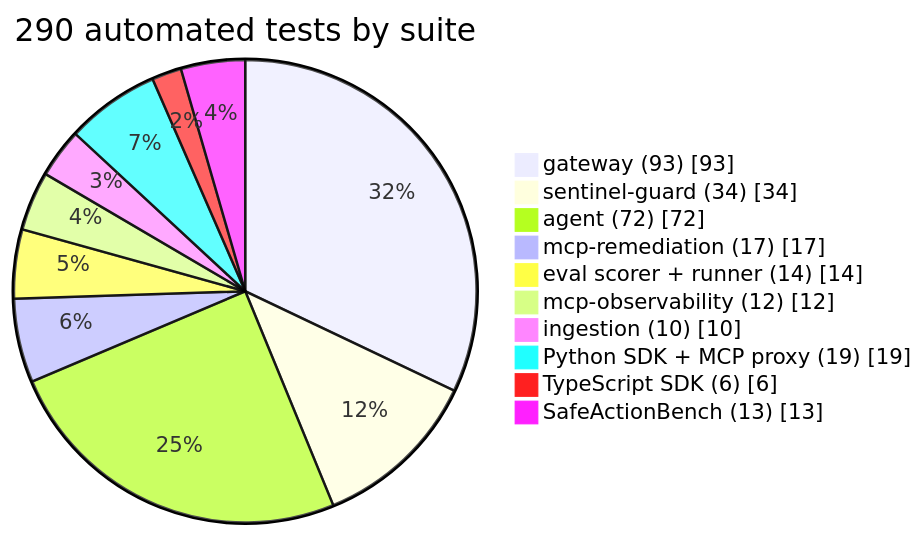
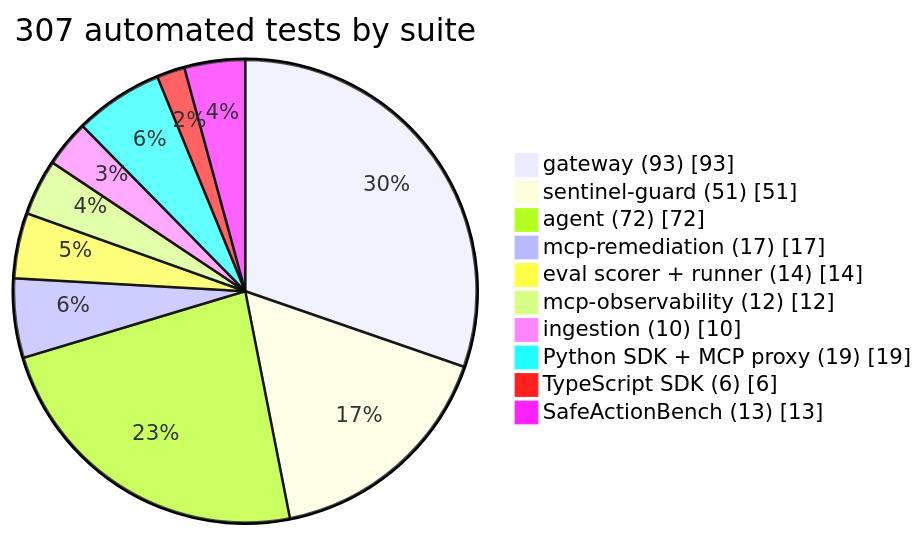
Before and after one commit to abdulmdev/sentinel-incident-copilot: the diagram in docs/handbook/diagrams/14-chart-tests-by-suite.mmd, drawn with Mermaid. The commit also changed 64 other files, not shown here.

```diff
--- a/docs/handbook/diagrams/14-chart-tests-by-suite.mmd
+++ b/docs/handbook/diagrams/14-chart-tests-by-suite.mmd
@@ -1,12 +1,12 @@
 pie showData
-  title 290 automated tests by suite
+  title 307 automated tests by suite
   "gateway (93)" : 93
-  "sentinel-guard (34)" : 34
+  "sentinel-guard (51)" : 51
   "agent (72)" : 72
   "mcp-remediation (17)" : 17
   "eval scorer + runner (14)" : 14
   "mcp-observability (12)" : 12
   "ingestion (10)" : 10
   "Python SDK + MCP proxy (19)" : 19
   "TypeScript SDK (6)" : 6
   "SafeActionBench (13)" : 13
```
